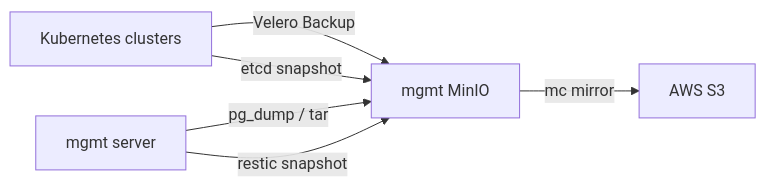
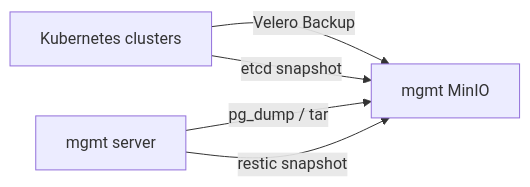
One commit to LeeJuwon96/portfolio changed the diagram in docs/architecture.md. Above: the diagram before and after it, drawn with Mermaid. The commit also changed other lines of this file and 3 other files, not shown here.

````diff
--- a/docs/architecture.md
+++ b/docs/architecture.md
@@ -18,8 +18,7 @@
 ```mermaid
 flowchart LR
     A[Kubernetes clusters] -->|Velero Backup| M[mgmt MinIO]
     A -->|etcd snapshot| M
     B[mgmt server] -->|pg_dump / tar| M
     B -->|restic snapshot| M
-    M -->|mc mirror| S[AWS S3]
 ```
````
